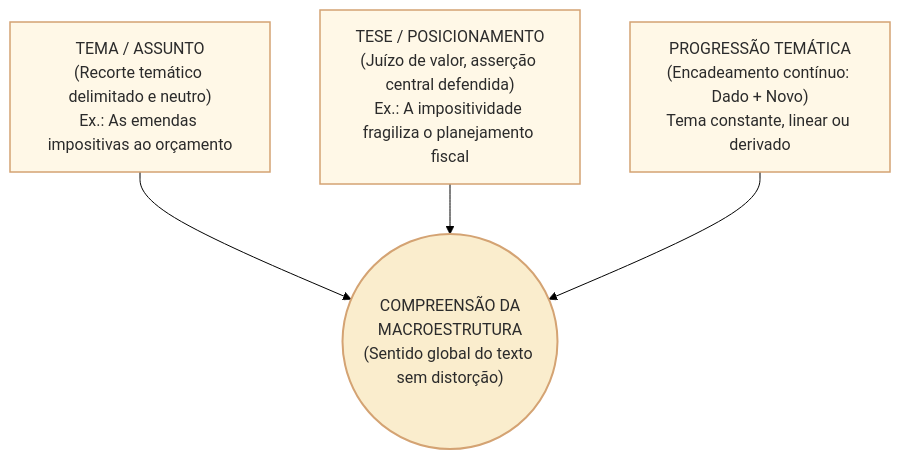
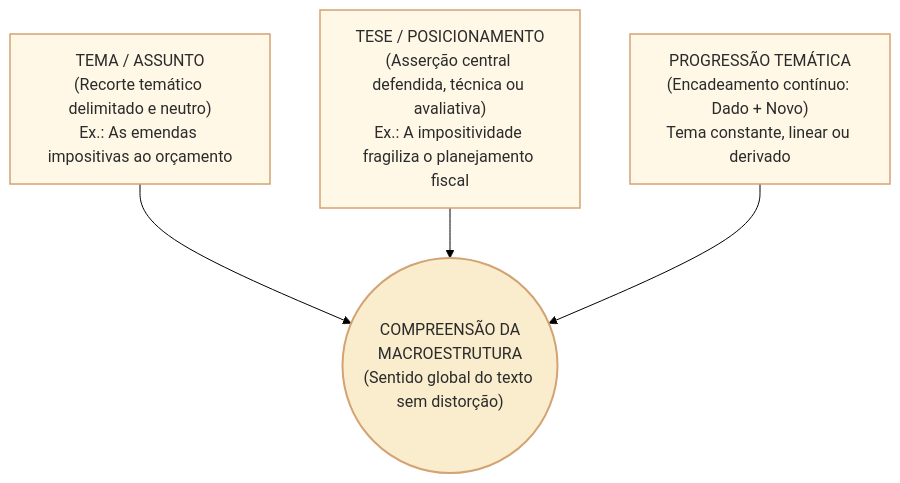
The first of 5 diagrams in 3 - Materias/Portugues/13 - tema tese e progressao tematica.md (leorruas/concursos), drawn with Mermaid (forest theme) before and after one commit. The commit also changed other lines of this file, not shown here.

Commit message:
fix(portugues): harmonizar tese e nominalização na teoria

````diff
--- a/3 - Materias/Portugues/13 - tema tese e progressao tematica.md
+++ b/3 - Materias/Portugues/13 - tema tese e progressao tematica.md
@@ -21,15 +21,15 @@
 ```mermaid
 flowchart TD
     classDef default fill:#fff8e7,stroke:#d4a373,stroke-width:1.5px,color:#2b2b2b;
     classDef centro fill:#faedcd,stroke:#d4a373,stroke-width:2px,color:#2b2b2b;
 
     TEMA["TEMA / ASSUNTO<br>(Recorte temático delimitado e neutro)<br>Ex.: As emendas impositivas ao orçamento"]
-    TESE["TESE / POSICIONAMENTO<br>(Juízo de valor, asserção central defendida)<br>Ex.: A impositividade fragiliza o planejamento fiscal"]
+    TESE["TESE / POSICIONAMENTO<br>(Asserção central defendida, técnica ou avaliativa)<br>Ex.: A impositividade fragiliza o planejamento fiscal"]
     PROG["PROGRESSÃO TEMÁTICA<br>(Encadeamento contínuo: Dado + Novo)<br>Tema constante, linear ou derivado"]
 
     SENT(("COMPREENSÃO DA<br>MACROESTRUTURA<br>(Sentido global do texto sem distorção)")):::centro
 
     TEMA --> SENT
     TESE --> SENT
     PROG --> SENT
 ```
````
